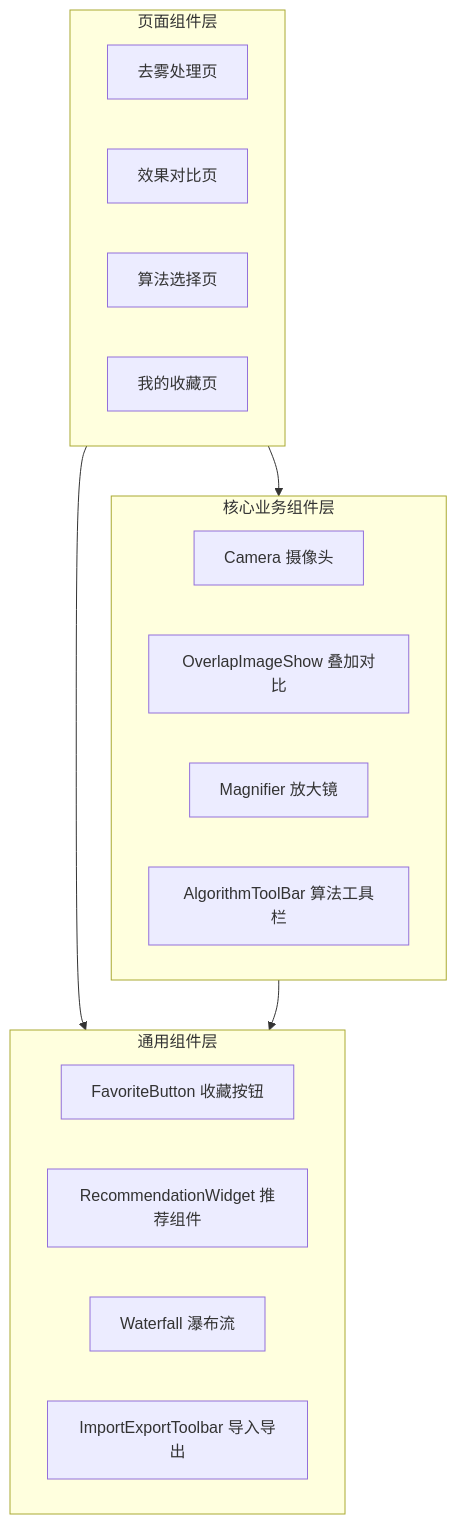
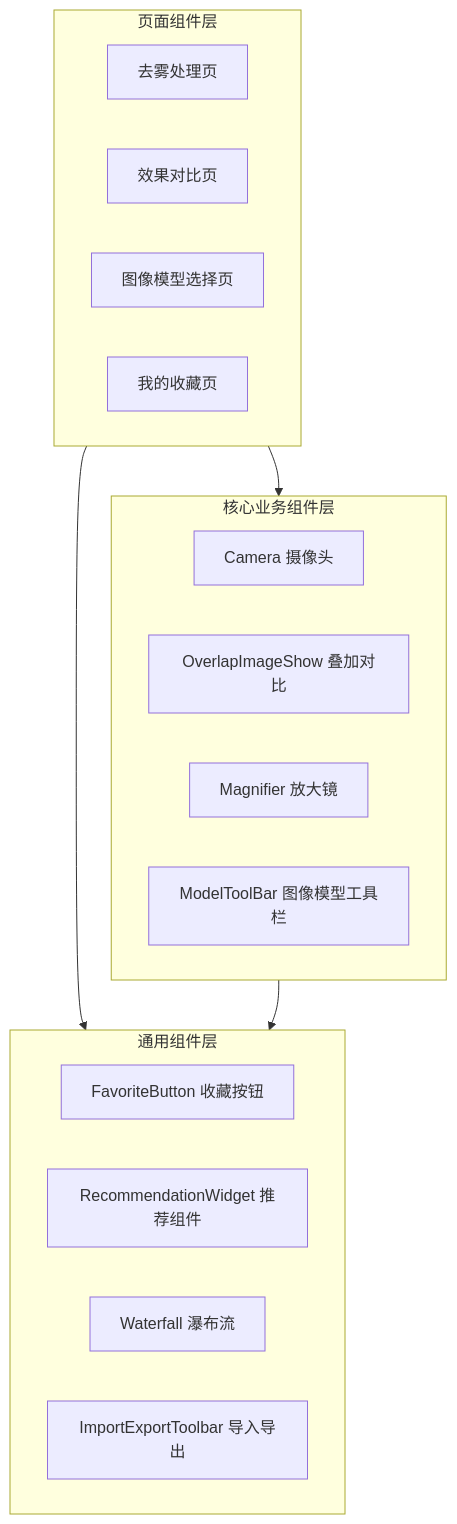
The second of 2 diagrams in dehaze-doc/docs/04-项目实现/前端/02-React架构文档.md (earthy-zinc/dehaze-system), drawn with Mermaid before and after one commit. The commit also changed other lines of this file and 239 other files, not shown here.

````diff
--- a/dehaze-doc/docs/04-项目实现/前端/02-React架构文档.md
+++ b/dehaze-doc/docs/04-项目实现/前端/02-React架构文档.md
@@ -156,27 +151,27 @@
 ```mermaid
 flowchart TB
     subgraph PageLayer["页面组件层"]
         DehazePage["去雾处理页"]
         ComparePage["效果对比页"]
-        AlgoSelectPage["算法选择页"]
+        ModelSelectPage["图像模型选择页"]
         FavoritesPage["我的收藏页"]
     end
 
     subgraph CoreBiz["核心业务组件层"]
         Camera["Camera 摄像头"]
         Overlap["OverlapImageShow 叠加对比"]
         Magnifier["Magnifier 放大镜"]
-        AlgoToolBar["AlgorithmToolBar 算法工具栏"]
+        ModelToolBar["ModelToolBar 图像模型工具栏"]
     end
 
     subgraph Common["通用组件层"]
         FavoriteBtn["FavoriteButton 收藏按钮"]
         RecommendWidget["RecommendationWidget 推荐组件"]
         Waterfall["Waterfall 瀑布流"]
         ImportExport["ImportExportToolbar 导入导出"]
     end
 
     PageLayer --> CoreBiz
     PageLayer --> Common
     CoreBiz --> Common
 ```
````
